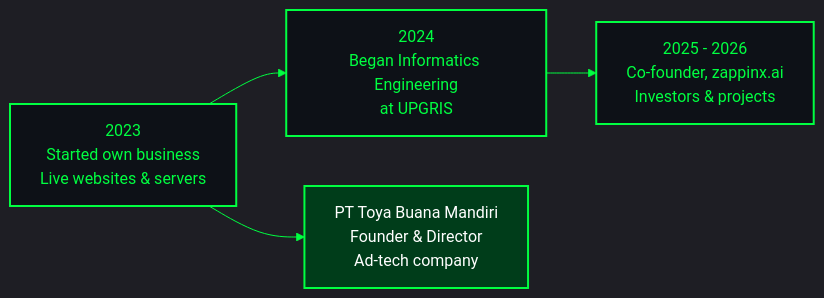
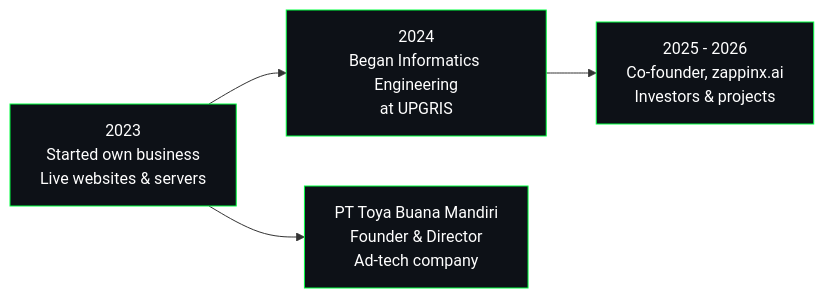
The diagram in README.md (patrickivanuellf/patrickivanuellf), drawn with Mermaid before and after one commit. The commit also changed other lines of this file, not shown here.

````diff
--- a/README.md
+++ b/README.md
@@ -60,11 +46,10 @@
 ```mermaid
-%%{init: {'theme':'dark','themeVariables':{'primaryColor':'#0d1117','primaryBorderColor':'#00ff41','primaryTextColor':'#00ff41','lineColor':'#00ff41','fontFamily':'monospace'}}}%%
 flowchart LR
     A["2023<br/>Started own business<br/>Live websites & servers"] --> B["2024<br/>Began Informatics Engineering<br/>at UPGRIS"]
     B --> C["2025 - 2026<br/>Co-founder, zappinx.ai<br/>Investors & projects"]
     A --> D["PT Toya Buana Mandiri<br/>Founder & Director<br/>Ad-tech company"]
-    style A fill:#0d1117,stroke:#00ff41,stroke-width:2px,color:#00ff41
-    style B fill:#0d1117,stroke:#00ff41,stroke-width:2px,color:#00ff41
-    style C fill:#0d1117,stroke:#00ff41,stroke-width:2px,color:#00ff41
-    style D fill:#003d1a,stroke:#00ff41,stroke-width:2px,color:#ffffff
+    style A fill:#0d1117,stroke:#00ff41,color:#ffffff
+    style B fill:#0d1117,stroke:#00ff41,color:#ffffff
+    style C fill:#0d1117,stroke:#00ff41,color:#ffffff
+    style D fill:#0d1117,stroke:#00ff41,color:#ffffff
 ```
````
